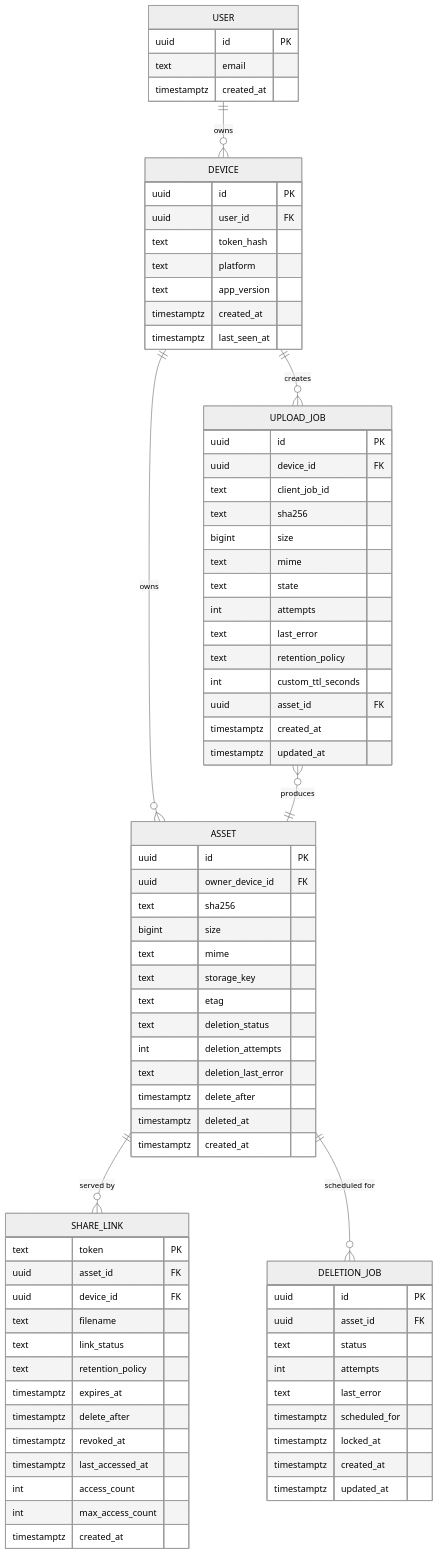
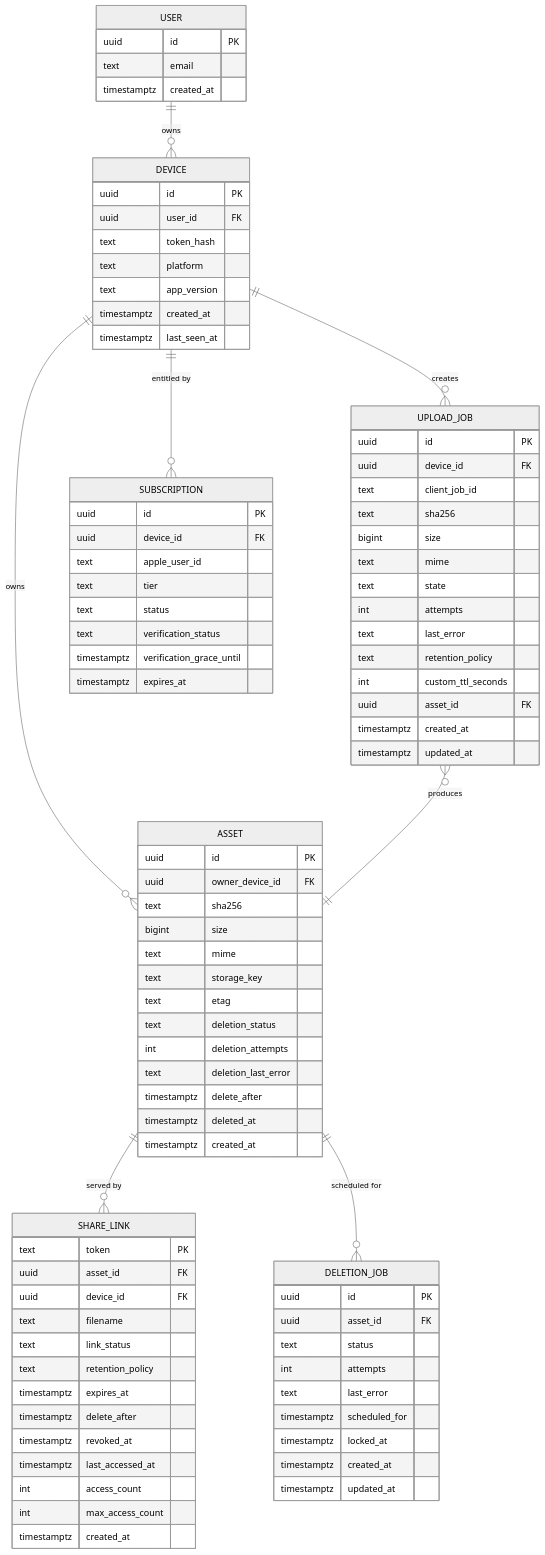
Before and after one commit to MatheusKindrazki/fastshared: the diagram in docs/architecture/backend.md, drawn with Mermaid (neutral theme). The commit also changed other lines of this file and 10 other files, not shown here.

Commit message:
Update public policies and architecture docs

````diff
--- a/docs/architecture/backend.md
+++ b/docs/architecture/backend.md
@@ -108,6 +114,7 @@
     USER ||--o{ DEVICE : "owns"
     DEVICE ||--o{ UPLOAD_JOB : "creates"
     DEVICE ||--o{ ASSET : "owns"
+    DEVICE ||--o{ SUBSCRIPTION : "entitled by"
     ASSET ||--o{ SHARE_LINK : "served by"
     ASSET ||--o{ DELETION_JOB : "scheduled for"
     UPLOAD_JOB }o--|| ASSET : "produces"
@@ -182,4 +189,14 @@
         timestamptz created_at
         timestamptz updated_at
     }
+    SUBSCRIPTION {
+        uuid id PK
+        uuid device_id FK
+        text apple_user_id
+        text tier
+        text status
+        text verification_status
+        timestamptz verification_grace_until
+        timestamptz expires_at
+    }
 ```
````
